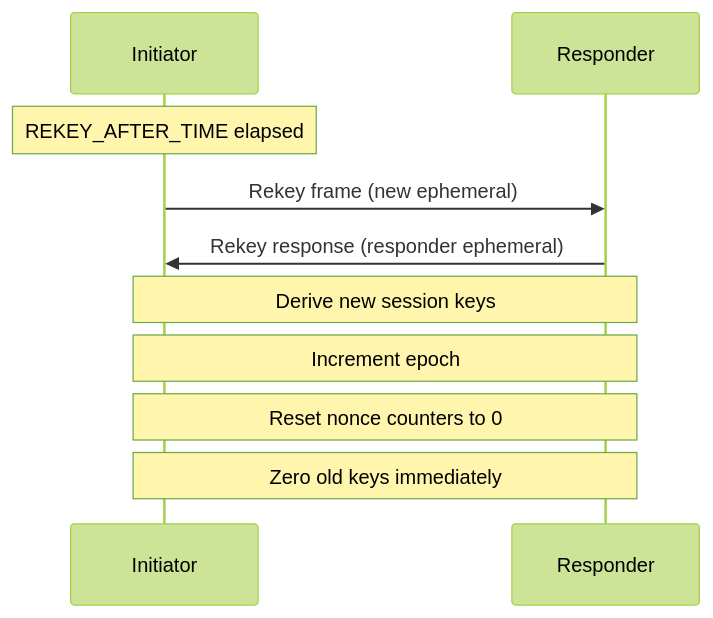
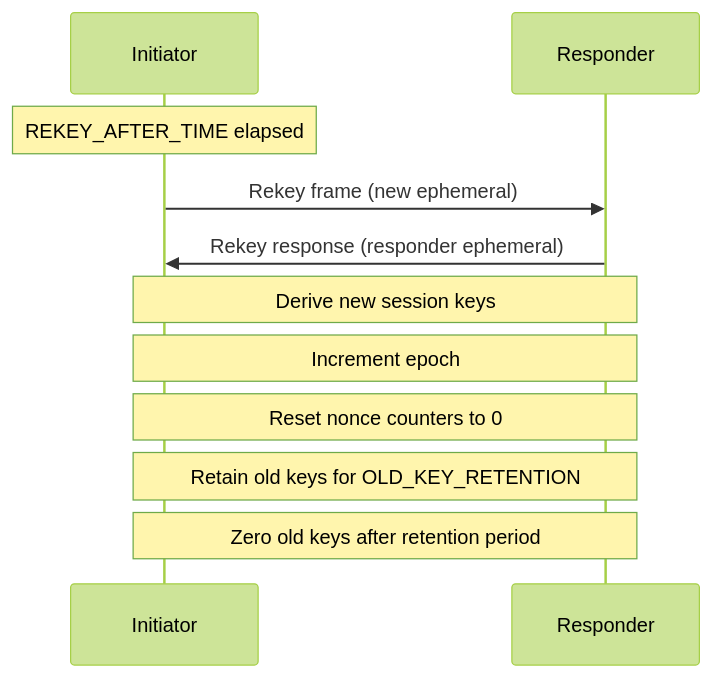
One commit to DanEscher98/nomad-specs changed the seventh of 7 diagrams in specs/SECURITY.md. Above: the diagram before and after it, drawn with Mermaid (forest theme). The commit also changed other lines of this file and 3 other files, not shown here.

````diff
--- a/specs/SECURITY.md
+++ b/specs/SECURITY.md
@@ -185,14 +292,15 @@
 ```mermaid
 sequenceDiagram
     participant I as Initiator
     participant R as Responder
 
     Note over I: REKEY_AFTER_TIME elapsed
     I->>R: Rekey frame (new ephemeral)
     R->>I: Rekey response (responder ephemeral)
 
     Note over I,R: Derive new session keys
     Note over I,R: Increment epoch
     Note over I,R: Reset nonce counters to 0
-    Note over I,R: Zero old keys immediately
+    Note over I,R: Retain old keys for OLD_KEY_RETENTION
+    Note over I,R: Zero old keys after retention period
 ```
````
